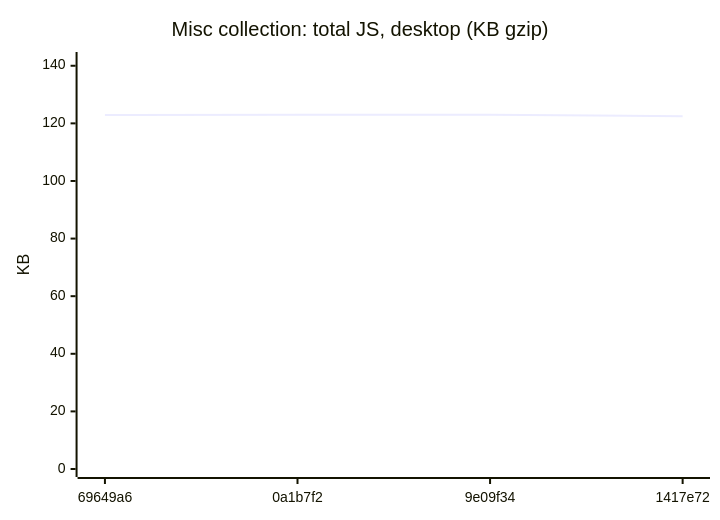
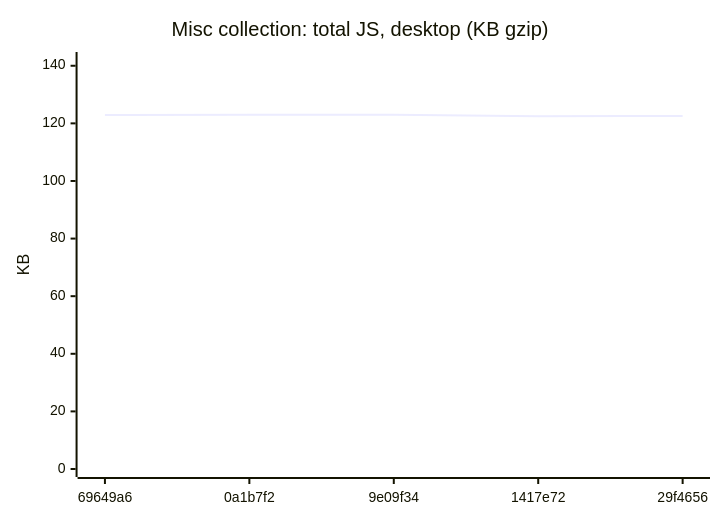
Before and after one commit to AxelUser/maltsev.space: the ninth of 18 diagrams in README.md, drawn with Mermaid. The commit also changed other lines of this file and 1 other file, not shown here.

````diff
--- a/README.md
+++ b/README.md
@@ -107,7 +107,7 @@
 ```mermaid
 xychart-beta
   title "Misc collection: total JS, desktop (KB gzip)"
-  x-axis ["69649a6", "0a1b7f2", "9e09f34", "1417e72"]
+  x-axis ["69649a6", "0a1b7f2", "9e09f34", "1417e72", "29f4656"]
   y-axis "KB" 0 --> 142
-  line [122.9, 123, 123, 122.5]
+  line [122.9, 123, 123, 122.5, 122.6]
 ```
````
